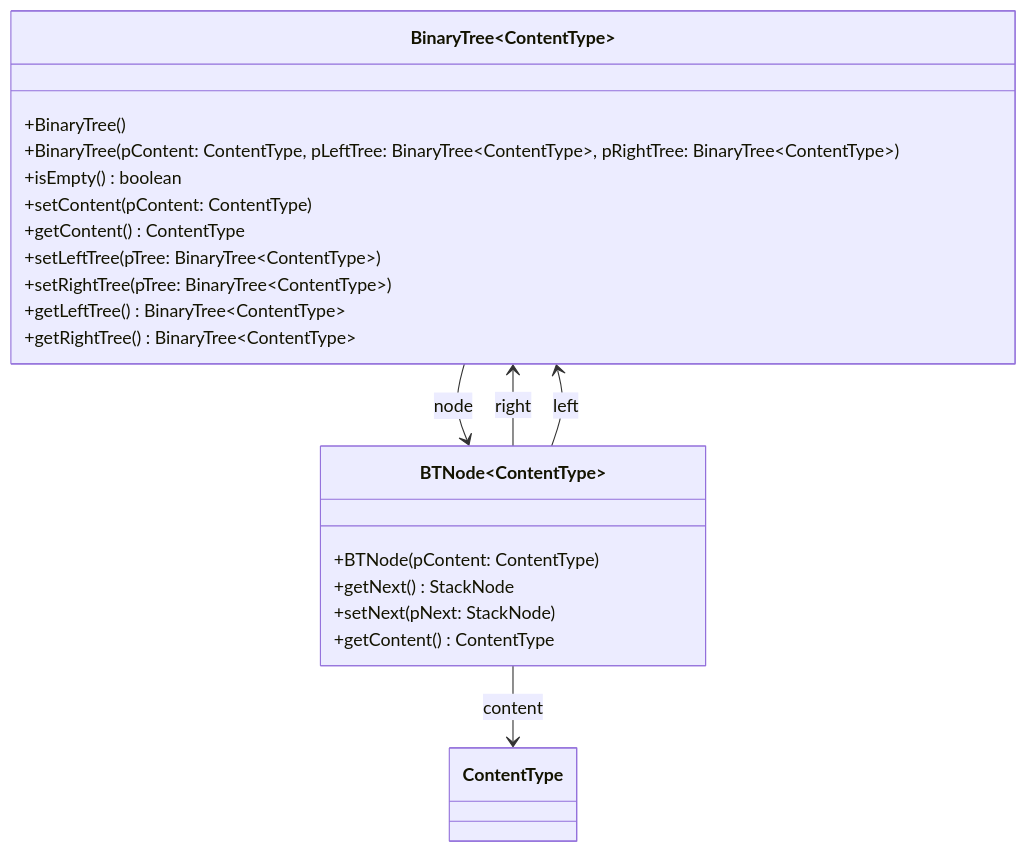
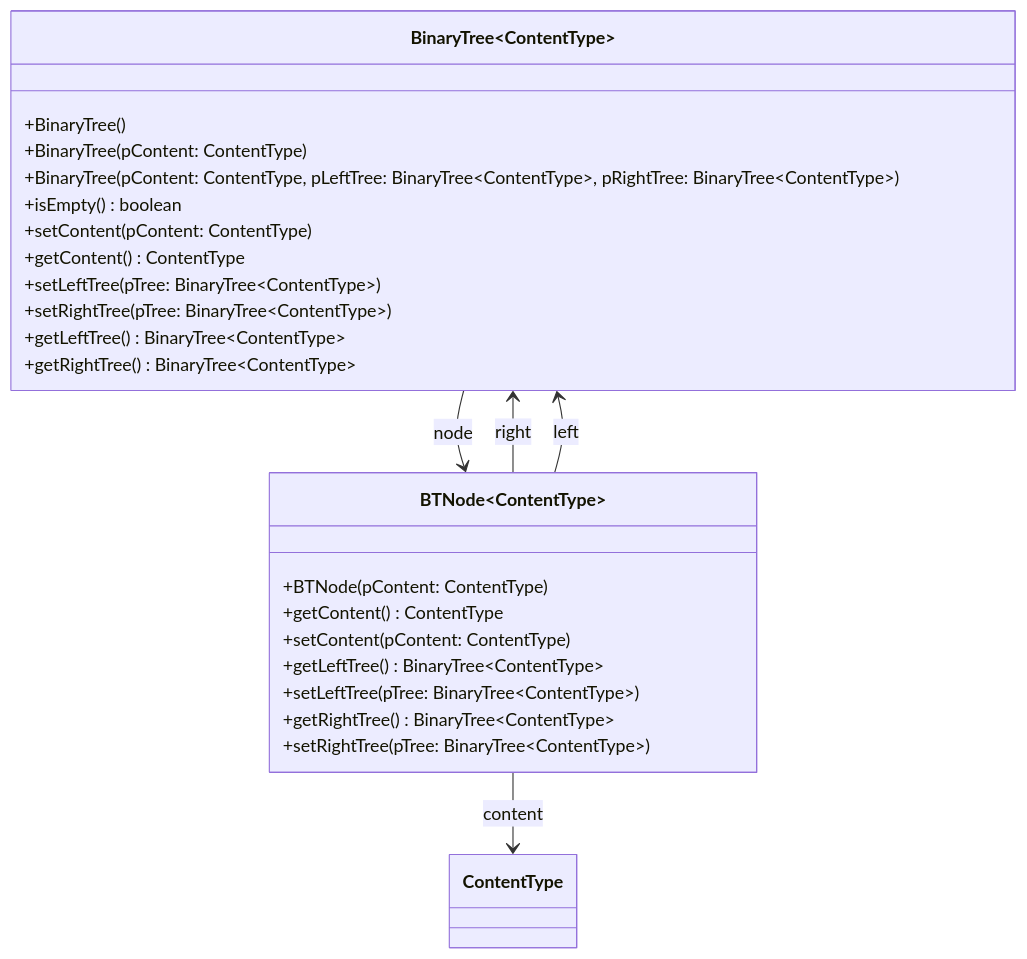
One commit to openpatch/hyperbook-informatik changed the diagram in book/oberstufe/oop/02-erweiterungen/05-nichtlineare-datenstrukturen/binaerbaum/dokumentation.md. Above: the diagram before and after it, drawn with Mermaid. The commit also changed other lines of this file and 38 other files, not shown here.

````diff
--- a/book/oberstufe/oop/02-erweiterungen/05-nichtlineare-datenstrukturen/binaerbaum/dokumentation.md
+++ b/book/oberstufe/oop/02-erweiterungen/05-nichtlineare-datenstrukturen/binaerbaum/dokumentation.md
@@ -12,31 +12,35 @@
 ```mermaid
 classDiagram
     class BinaryTree~ContentType~ {
         +BinaryTree()
+        +BinaryTree(pContent: ContentType)
         +BinaryTree(pContent: ContentType, pLeftTree: BinaryTree~ContentType~, pRightTree: BinaryTree~ContentType~)
         +isEmpty() boolean
         +setContent(pContent: ContentType)
         +getContent() ContentType
         +setLeftTree(pTree: BinaryTree~ContentType~)
         +setRightTree(pTree: BinaryTree~ContentType~)
         +getLeftTree() BinaryTree~ContentType~
         +getRightTree() BinaryTree~ContentType~
     }
 
     class BTNode~ContentType~ {
         +BTNode(pContent: ContentType)
-        +getNext() StackNode
-        +setNext(pNext: StackNode)
         +getContent() ContentType
+        +setContent(pContent: ContentType)
+        +getLeftTree() BinaryTree~ContentType~
+        +setLeftTree(pTree: BinaryTree~ContentType~)
+        +getRightTree() BinaryTree~ContentType~
+        +setRightTree(pTree: BinaryTree~ContentType~)
     }
 
     BinaryTree~ContentType~ --> BTNode~ContentType~:node
     BTNode~ContentType~ --> BinaryTree~ContentType~: right
     BTNode~ContentType~ --> BinaryTree~ContentType~: left
     BTNode~ContentType~ --> ContentType: content
 
     class ContentType {
 
     }
 
 ```
````
